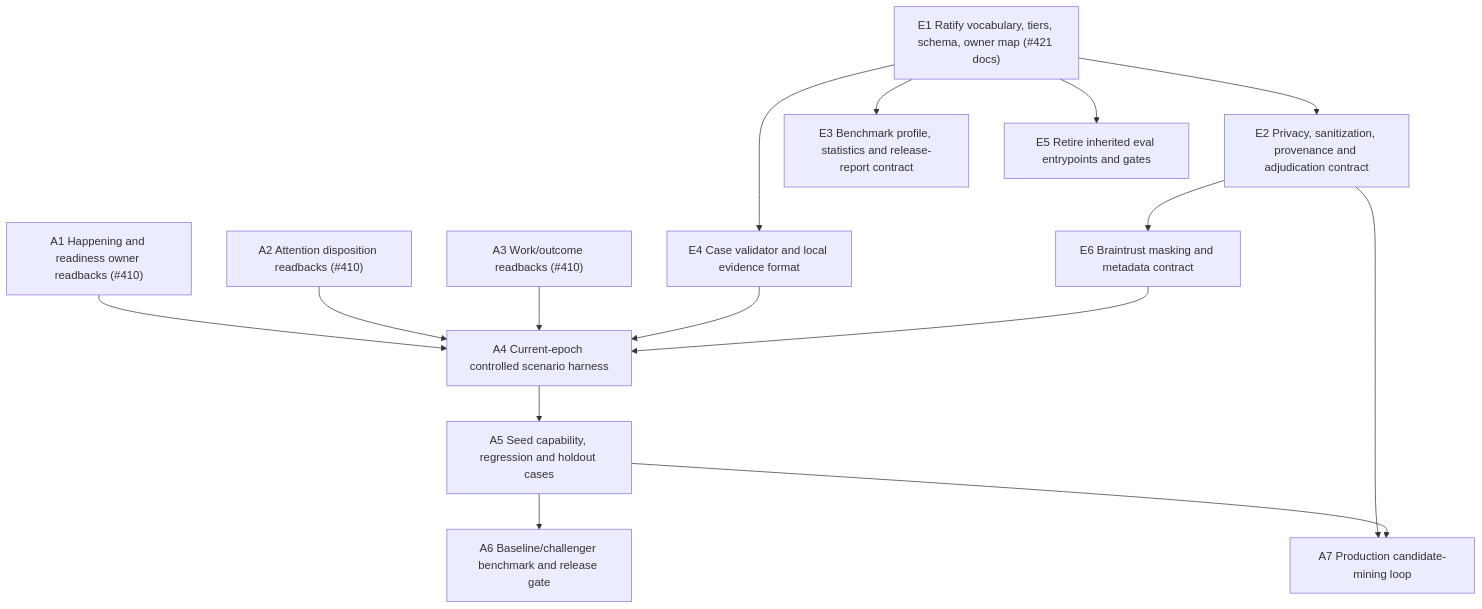
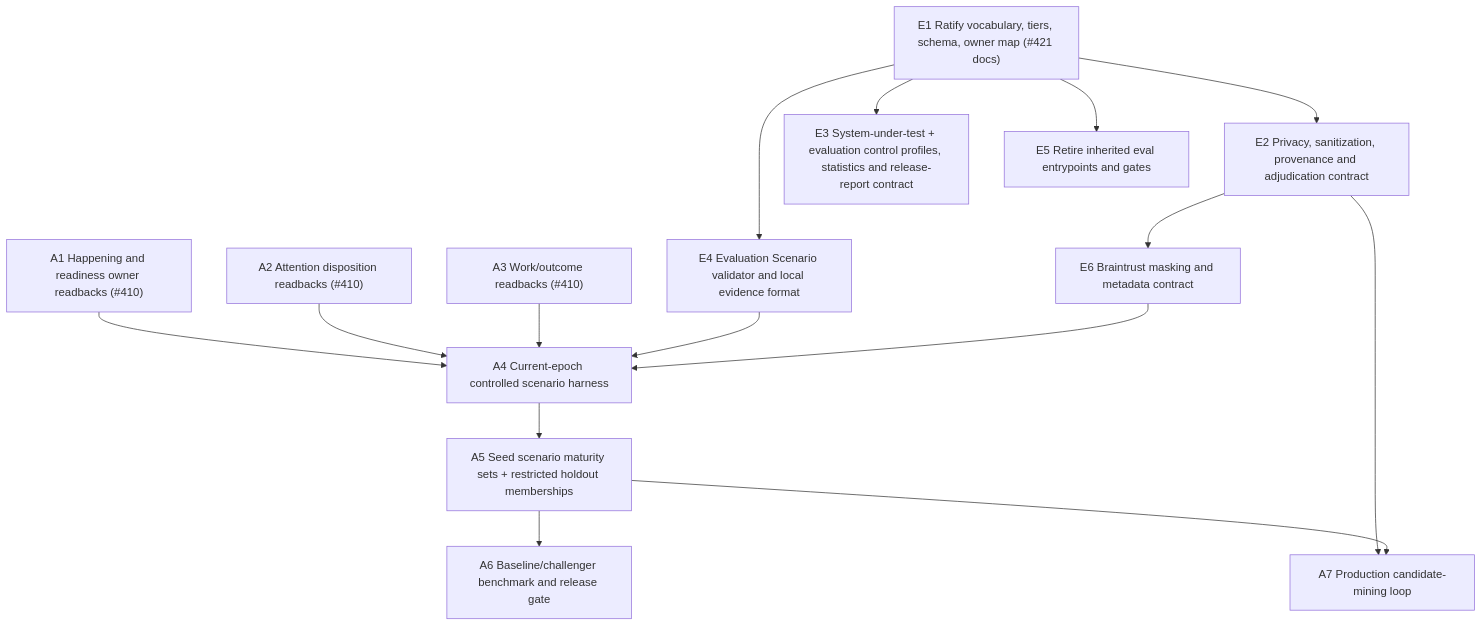
One commit to AaronAbuUsama/ambient-agent changed the diagram in docs/research/421-evaluation-framework-and-model-benchmark.md. Above: the diagram before and after it, drawn with Mermaid. The commit also changed other lines of this file and 2 other files, not shown here.

Commit message:
docs: reconcile evaluation scenario contracts

````diff
--- a/docs/research/421-evaluation-framework-and-model-benchmark.md
+++ b/docs/research/421-evaluation-framework-and-model-benchmark.md
@@ -213,25 +220,25 @@
 ```mermaid
 flowchart TB
   M["E1 Ratify vocabulary, tiers, schema, owner map (#421 docs)"]
   P["E2 Privacy, sanitization, provenance and adjudication contract"]
-  B["E3 Benchmark profile, statistics and release-report contract"]
-  V["E4 Case validator and local evidence format"]
+  B["E3 System-under-test + evaluation control profiles, statistics and release-report contract"]
+  V["E4 Evaluation Scenario validator and local evidence format"]
   X["E5 Retire inherited eval entrypoints and gates"]
   T["E6 Braintrust masking and metadata contract"]
 
   H["A1 Happening and readiness owner readbacks (#410)"]
   A["A2 Attention disposition readbacks (#410)"]
   W["A3 Work/outcome readbacks (#410)"]
   R["A4 Current-epoch controlled scenario harness"]
-  S["A5 Seed capability, regression and holdout cases"]
+  S["A5 Seed scenario maturity sets + restricted holdout memberships"]
   C["A6 Baseline/challenger benchmark and release gate"]
   O["A7 Production candidate-mining loop"]
 
   M --> P & B & V
   M --> X
   P --> T
   H & A & W --> R
   V & T --> R
   R --> S --> C
   P & S --> O
 ```
````
